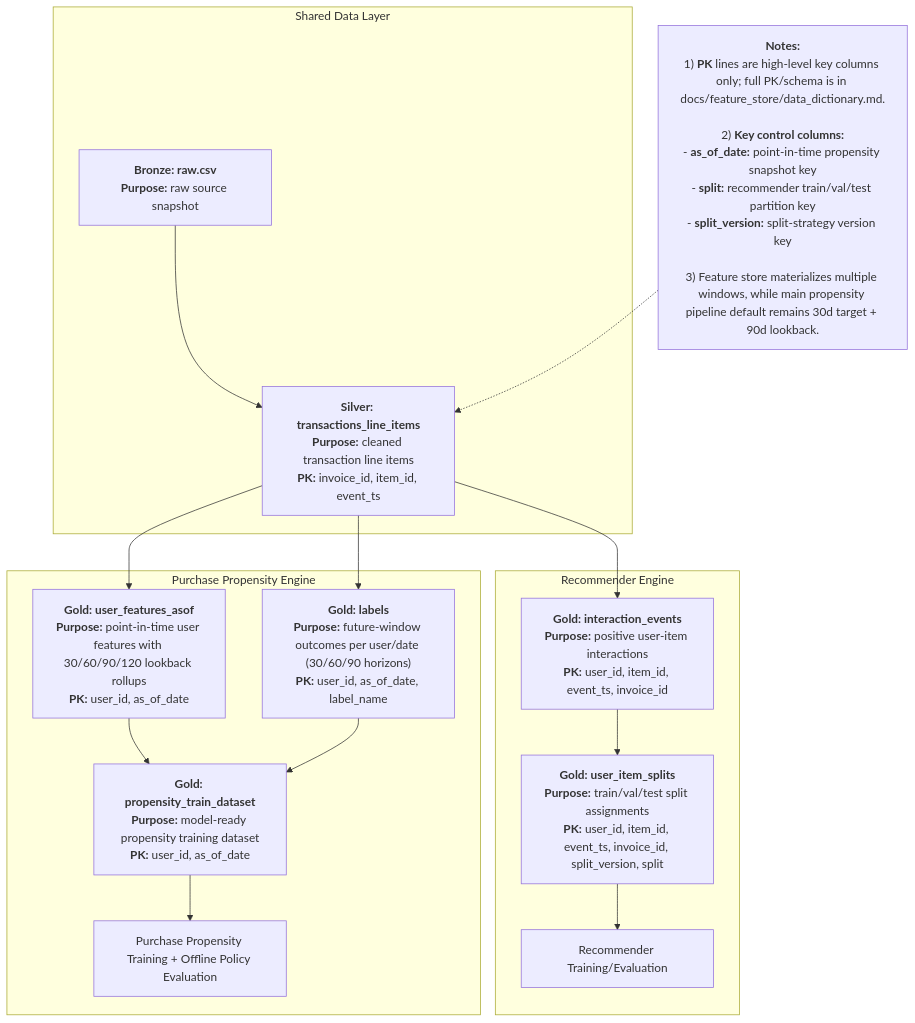
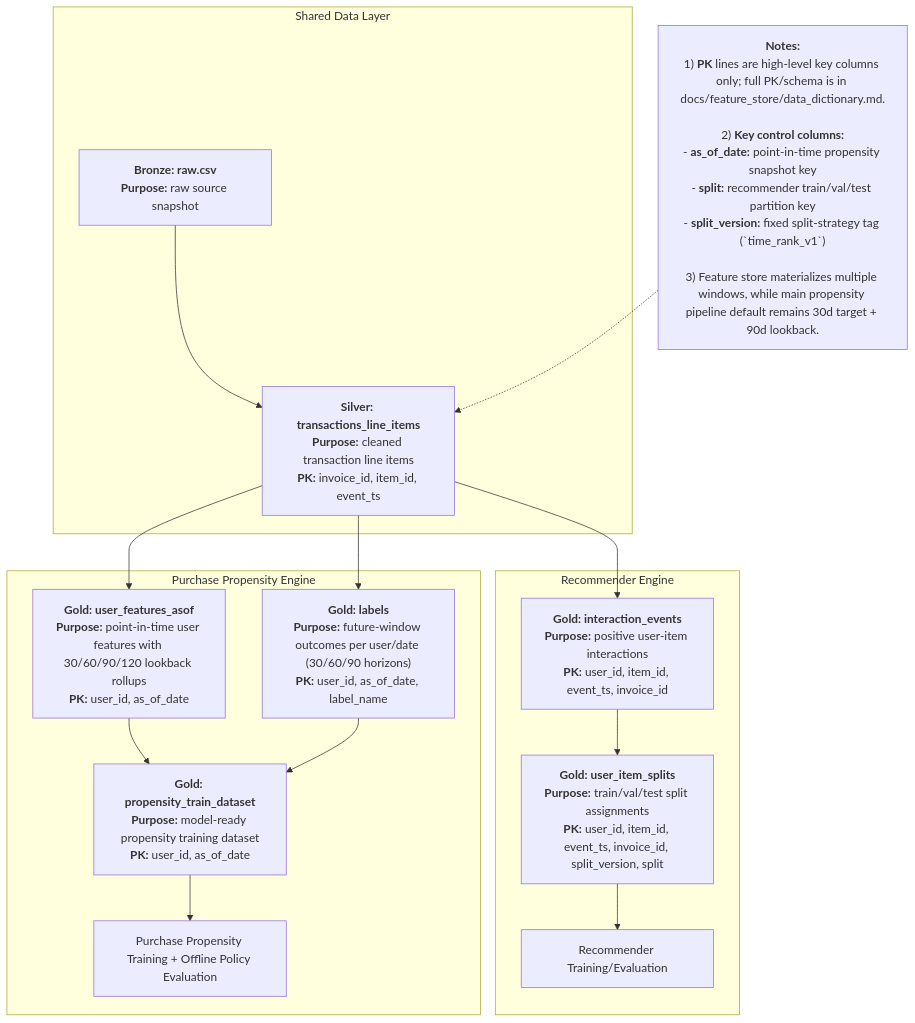
The diagram in docs/feature_store/diagrams/feature_store_target_data_model.mmd (Phrey001/mle-marketplace-growth), drawn with Mermaid before and after one commit. The commit also changed 140 other files, not shown here.

```diff
--- a/docs/feature_store/diagrams/feature_store_target_data_model.mmd
+++ b/docs/feature_store/diagrams/feature_store_target_data_model.mmd
@@ -1,21 +1,21 @@
 flowchart TD
   subgraph shared_layer["Shared Data Layer"]
     A["<b>Bronze: raw.csv</b><br/><b>Purpose:</b> raw source snapshot"] --> B["<b>Silver: transactions_line_items</b><br/><b>Purpose:</b> cleaned transaction line items<br/><b>PK:</b> invoice_id, item_id, event_ts"]
   end
 
   subgraph recommender_engine["Recommender Engine"]
     B --> C["<b>Gold: interaction_events</b><br/><b>Purpose:</b> positive user-item interactions<br/><b>PK:</b> user_id, item_id, event_ts, invoice_id"]
     C --> E["<b>Gold: user_item_splits</b><br/><b>Purpose:</b> train/val/test split assignments<br/><b>PK:</b> user_id, item_id, event_ts, invoice_id, split_version, split"]
     E --> G["Recommender Training/Evaluation"]
   end
 
   subgraph propensity_engine["Purchase Propensity Engine"]
     B --> D["<b>Gold: user_features_asof</b><br/><b>Purpose:</b> point-in-time user features with 30/60/90/120 lookback rollups<br/><b>PK:</b> user_id, as_of_date"]
     B --> L["<b>Gold: labels</b><br/><b>Purpose:</b> future-window outcomes per user/date (30/60/90 horizons)<br/><b>PK:</b> user_id, as_of_date, label_name"]
     D --> T["<b>Gold: propensity_train_dataset</b><br/><b>Purpose:</b> model-ready propensity training dataset<br/><b>PK:</b> user_id, as_of_date"]
     L --> T
     T --> F["Purchase Propensity Training + Offline Policy Evaluation"]
   end
 
-  N["<b>Notes:</b><br/>1) <b>PK</b> lines are high-level key columns only; full PK/schema is in docs/feature_store/data_dictionary.md.<br/><br/>2) <b>Key control columns:</b><br/>- <b>as_of_date:</b> point-in-time propensity snapshot key<br/>- <b>split:</b> recommender train/val/test partition key<br/>- <b>split_version:</b> split-strategy version key<br/><br/>3) Feature store materializes multiple windows, while main propensity pipeline default remains 30d target + 90d lookback."]
+  N["<b>Notes:</b><br/>1) <b>PK</b> lines are high-level key columns only; full PK/schema is in docs/feature_store/data_dictionary.md.<br/><br/>2) <b>Key control columns:</b><br/>- <b>as_of_date:</b> point-in-time propensity snapshot key<br/>- <b>split:</b> recommender train/val/test partition key<br/>- <b>split_version:</b> fixed split-strategy tag (`time_rank_v1`)<br/><br/>3) Feature store materializes multiple windows, while main propensity pipeline default remains 30d target + 90d lookback."]
   N -.-> B
```
